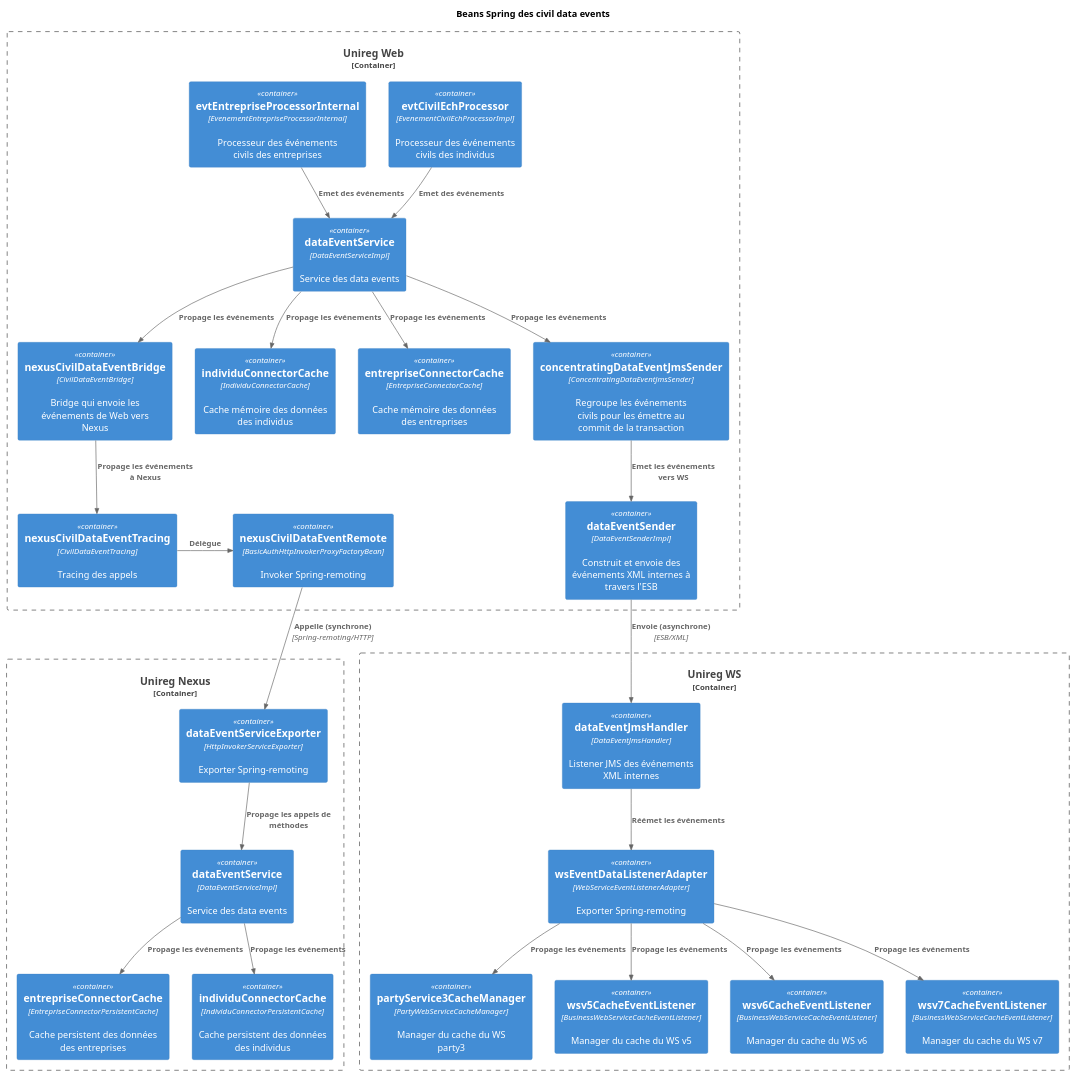
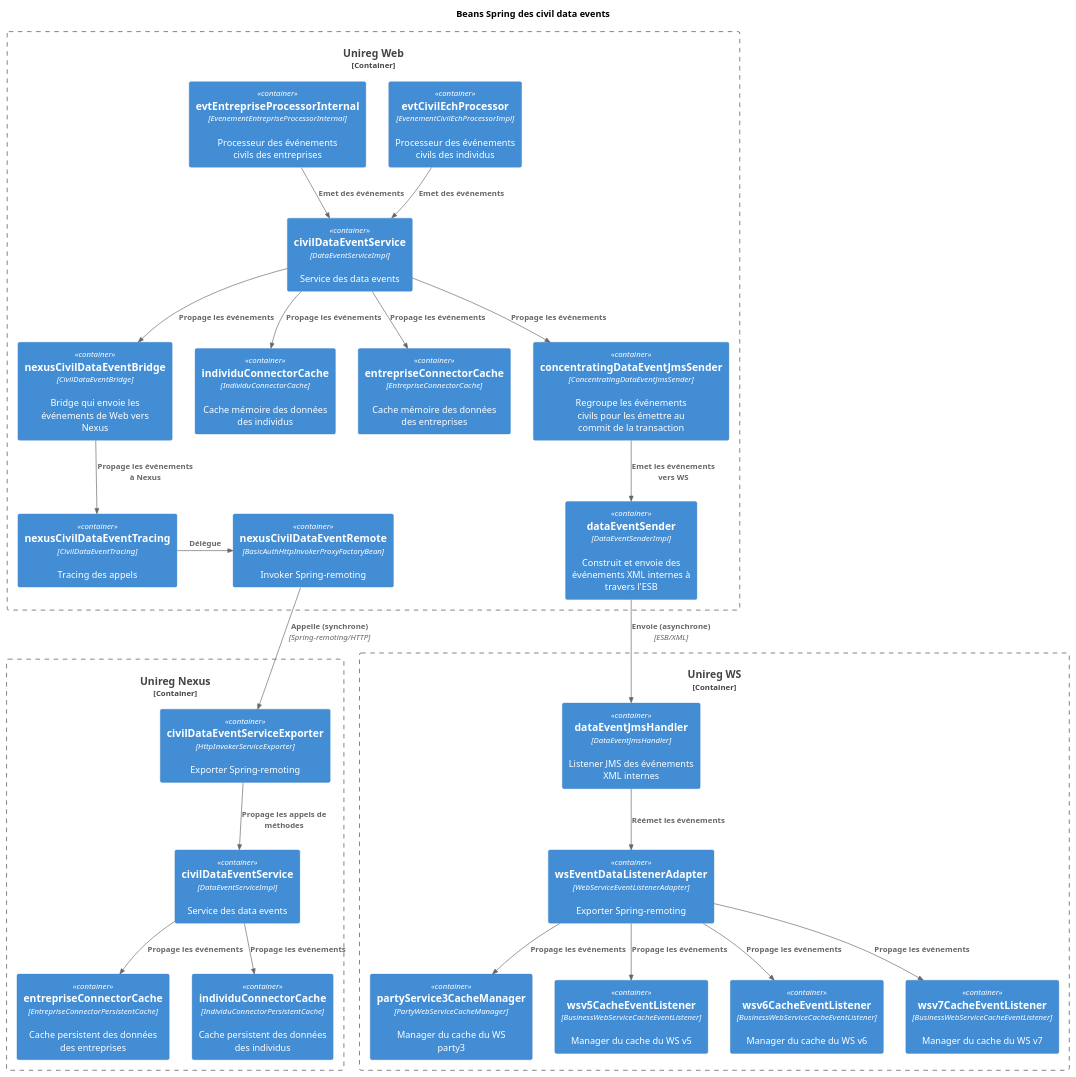
One commit to dmama/etv-reguni changed the diagram in base/doc/diagrams/03_unireg_component_diagram_civil_data_events.puml. Above: the diagram before and after it, drawn with PlantUML. The commit also changed 74 other files, not shown here.

```diff
--- a/base/doc/diagrams/03_unireg_component_diagram_civil_data_events.puml
+++ b/base/doc/diagrams/03_unireg_component_diagram_civil_data_events.puml
@@ -1,68 +1,68 @@
 @startuml 03_unireg_component_diagram_civil_data_events
 !include c4/C4_Container.puml
 
 title Beans Spring des civil data events
 
 Container_Boundary(uniregWeb, "Unireg Web") {
 
     Container(webEvtCivilEchProcessor, "evtCivilEchProcessor", "EvenementCivilEchProcessorImpl", "Processeur des événements civils des individus")
     Container(webEvtEntrepriseProcessor, "evtEntrepriseProcessorInternal", "EvenementEntrepriseProcessorInternal", "Processeur des événements civils des entreprises")
 
-    Container(webDataEventService, "dataEventService", "DataEventServiceImpl", "Service des data events")
+    Container(webDataEventService, "civilDataEventService", "DataEventServiceImpl", "Service des data events")
 
 	Container(webNexusCivilDataEventBridge, "nexusCivilDataEventBridge", "CivilDataEventBridge", "Bridge qui envoie les événements de Web vers Nexus")
     Container(webIndividuConnectorCache, "individuConnectorCache", "IndividuConnectorCache", "Cache mémoire des données des individus")
     Container(webEntrepriseConnectorCache, "entrepriseConnectorCache", "EntrepriseConnectorCache", "Cache mémoire des données des entreprises")
 	Container(webNexusCivilDataEventTracing, "nexusCivilDataEventTracing", "CivilDataEventTracing", "Tracing des appels")
 	Container(webNexusCivilDataEventService, "nexusCivilDataEventRemote", "BasicAuthHttpInvokerProxyFactoryBean", "Invoker Spring-remoting")
     Container(webConcentratingDataEventJmsSender, "concentratingDataEventJmsSender", "ConcentratingDataEventJmsSender", "Regroupe les événements civils pour les émettre au commit de la transaction")
     Container(webDataEventSender, "dataEventSender", "DataEventSenderImpl", "Construit et envoie des événements XML internes à travers l'ESB")
 
 	Rel(webEvtCivilEchProcessor, webDataEventService, "Emet des événements")
 	Rel(webEvtEntrepriseProcessor, webDataEventService, "Emet des événements")
 
 	Rel(webDataEventService, webEntrepriseConnectorCache, "Propage les événements")
 	Rel(webDataEventService, webIndividuConnectorCache, "Propage les événements")
 	Rel(webDataEventService, webNexusCivilDataEventBridge, "Propage les événements")
 	Rel(webDataEventService, webConcentratingDataEventJmsSender, "Propage les événements")
 
 	Rel(webNexusCivilDataEventBridge, webNexusCivilDataEventTracing, "Propage les événements à Nexus")
 	Rel_R(webNexusCivilDataEventTracing, webNexusCivilDataEventService, "Délègue")
 
 	Rel(webConcentratingDataEventJmsSender, webDataEventSender, "Emet les événements vers WS")
 }
 
 Container_Boundary(uniregNexus, "Unireg Nexus") {
 
-    Container(nexusCivilDataEventRemoteExporter, "dataEventServiceExporter", "HttpInvokerServiceExporter", "Exporter Spring-remoting")
-	Container(wsDataEventService, "dataEventService", "DataEventServiceImpl", "Service des data events")
+    Container(nexusCivilDataEventRemoteExporter, "civilDataEventServiceExporter", "HttpInvokerServiceExporter", "Exporter Spring-remoting")
+	Container(wsDataEventService, "civilDataEventService", "DataEventServiceImpl", "Service des data events")
     Container(wsEntrepriseConnectorCache, "entrepriseConnectorCache", "EntrepriseConnectorPersistentCache", "Cache persistent des données des entreprises")
     Container(wsIndividuConnectorCache, "individuConnectorCache", "IndividuConnectorPersistentCache", "Cache persistent des données des individus")
 
 
 	Rel(nexusCivilDataEventRemoteExporter, wsDataEventService, "Propage les appels de méthodes")
 	Rel(wsDataEventService, wsEntrepriseConnectorCache, "Propage les événements")
 	Rel(wsDataEventService, wsIndividuConnectorCache, "Propage les événements")
 }
 
 Container_Boundary(uniregWS, "Unireg WS") {
 
     Container(wsDataEventJmsHandler, "dataEventJmsHandler", "DataEventJmsHandler", "Listener JMS des événements XML internes")
     Container(wsEventDataListenerAdapter, "wsEventDataListenerAdapter", "WebServiceEventListenerAdapter", "Exporter Spring-remoting")
     
     Container(wsPartyService3CacheManager, "partyService3CacheManager", "PartyWebServiceCacheManager", "Manager du cache du WS party3")
     Container(wsv5CacheEventListener, "wsv5CacheEventListener", "BusinessWebServiceCacheEventListener", "Manager du cache du WS v5")
     Container(wsv6CacheEventListener, "wsv6CacheEventListener", "BusinessWebServiceCacheEventListener", "Manager du cache du WS v6")
     Container(wsv7CacheEventListener, "wsv7CacheEventListener", "BusinessWebServiceCacheEventListener", "Manager du cache du WS v7")
 
 	Rel(wsDataEventJmsHandler, wsEventDataListenerAdapter, "Réémet les événements")
 	Rel(wsEventDataListenerAdapter, wsPartyService3CacheManager, "Propage les événements")
 	Rel(wsEventDataListenerAdapter, wsv5CacheEventListener, "Propage les événements")
 	Rel(wsEventDataListenerAdapter, wsv6CacheEventListener, "Propage les événements")
 	Rel(wsEventDataListenerAdapter, wsv7CacheEventListener, "Propage les événements")
 }
 
 Rel_D(webNexusCivilDataEventService, nexusCivilDataEventRemoteExporter, "Appelle (synchrone)", "Spring-remoting/HTTP")
 Rel_D(webDataEventSender, wsDataEventJmsHandler, "Envoie (asynchrone)", "ESB/XML")
 
 @enduml
```
